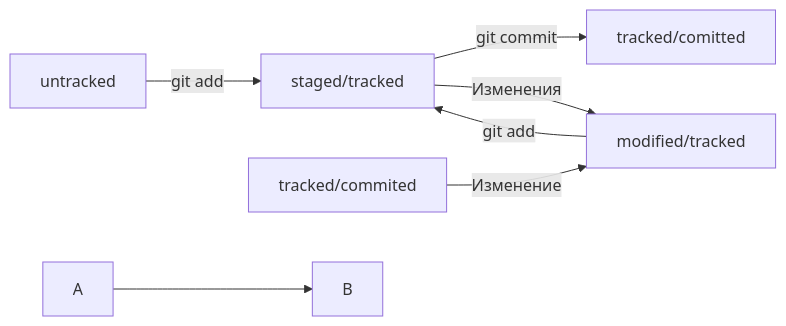
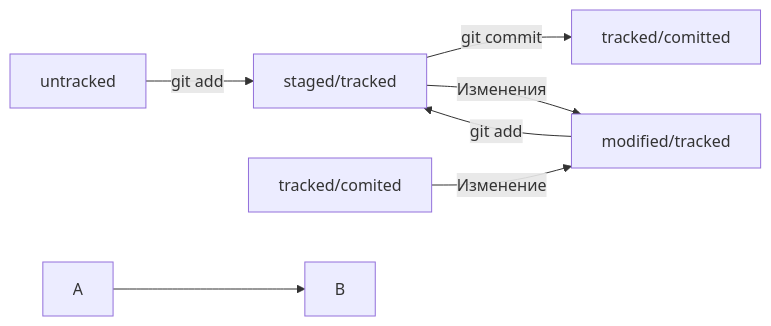
The second of 2 diagrams in README.md (antonivashevich/yandex), drawn with Mermaid before and after one commit.

Commit message:
Добавление точки tracked/modified(2)

````diff
--- a/README.md
+++ b/README.md
@@ -61,10 +61,10 @@
 ```mermaid
 graph LR;
   untracked -- "git add" --> staged/tracked;
   staged/tracked -- "git commit" --> tracked/comitted;
   staged/tracked -- "Изменения" --> modified/tracked;
-  tracked/commited -- "Изменение" --> modified/tracked;
+  tracked/comited -- "Изменение" --> modified/tracked;
   modified/tracked -- "git add" --> staged/tracked;
 %% стрелка без текста для примера: 
   A --> B;
 ``` 
````
